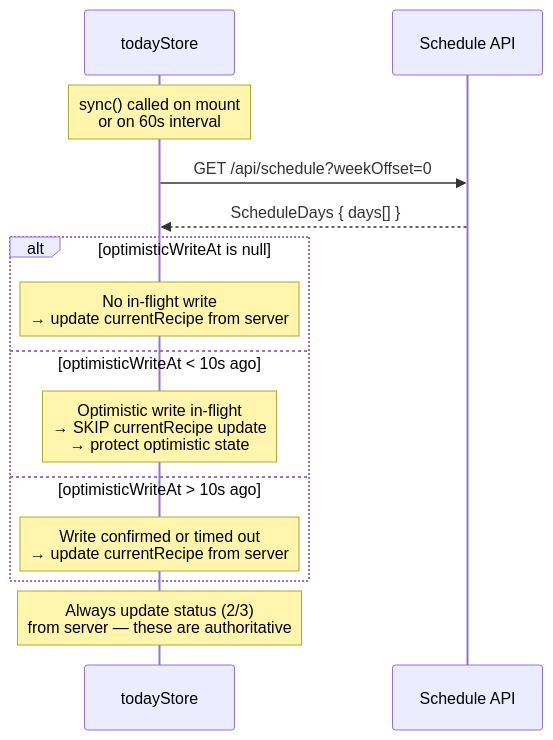
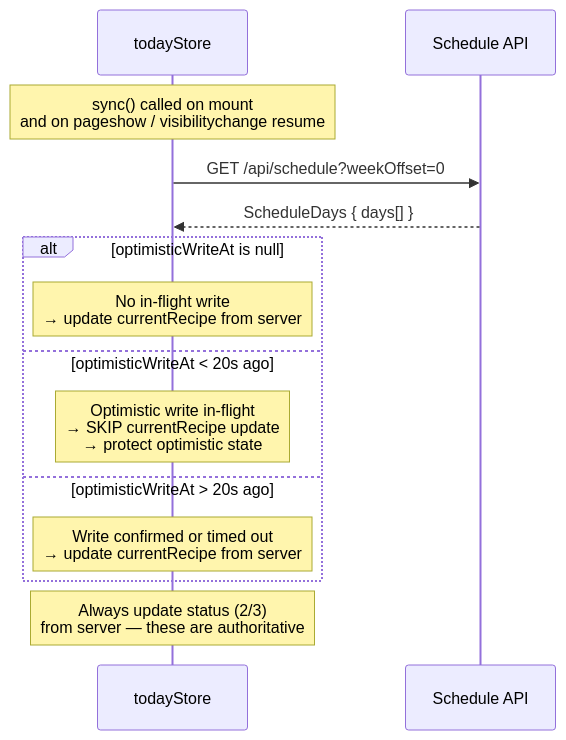
The third of 4 diagrams in docs/flows/client-domain-model.md (AlexandreBrisebois/whats-for-supper), drawn with Mermaid before and after one commit. The commit also changed other lines of this file and 280 other files, not shown here.

````diff
--- a/docs/flows/client-domain-model.md
+++ b/docs/flows/client-domain-model.md
@@ -90,20 +90,20 @@
 ```mermaid
 sequenceDiagram
     participant Store as todayStore
     participant API as Schedule API
 
-    Note over Store: sync() called on mount<br/>or on 60s interval
+    Note over Store: sync() called on mount<br/>and on pageshow / visibilitychange resume
 
     Store->>API: GET /api/schedule?weekOffset=0
     API-->>Store: ScheduleDays { days[] }
 
     alt optimisticWriteAt is null
         Note over Store: No in-flight write<br/>→ update currentRecipe from server
-    else optimisticWriteAt < 10s ago
+    else optimisticWriteAt < 20s ago
         Note over Store: Optimistic write in-flight<br/>→ SKIP currentRecipe update<br/>→ protect optimistic state
-    else optimisticWriteAt > 10s ago
+    else optimisticWriteAt > 20s ago
         Note over Store: Write confirmed or timed out<br/>→ update currentRecipe from server
     end
 
     Note over Store: Always update status (2/3)<br/>from server — these are authoritative
 ```
````
